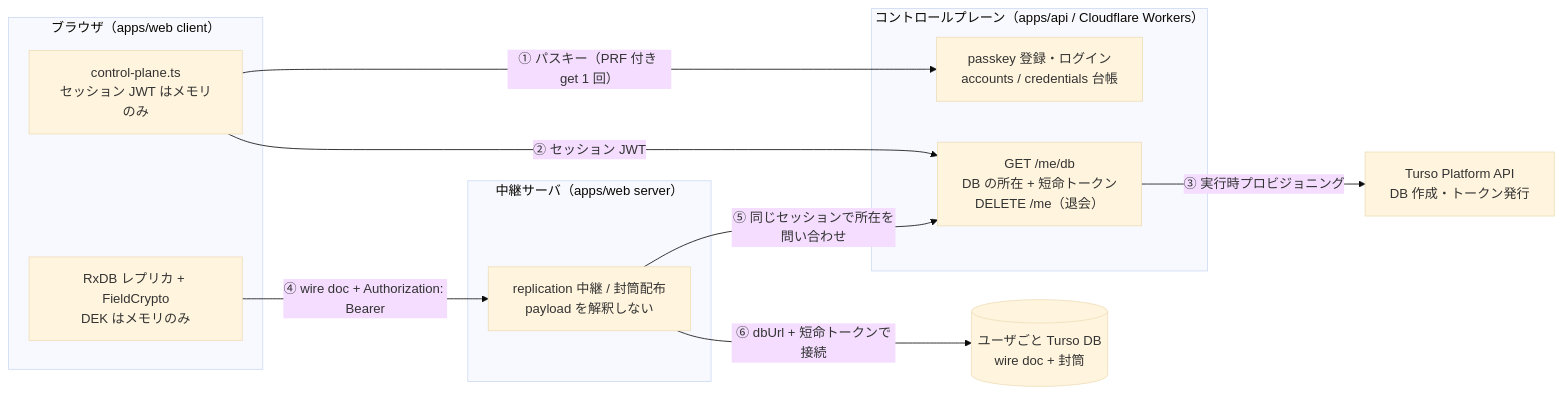
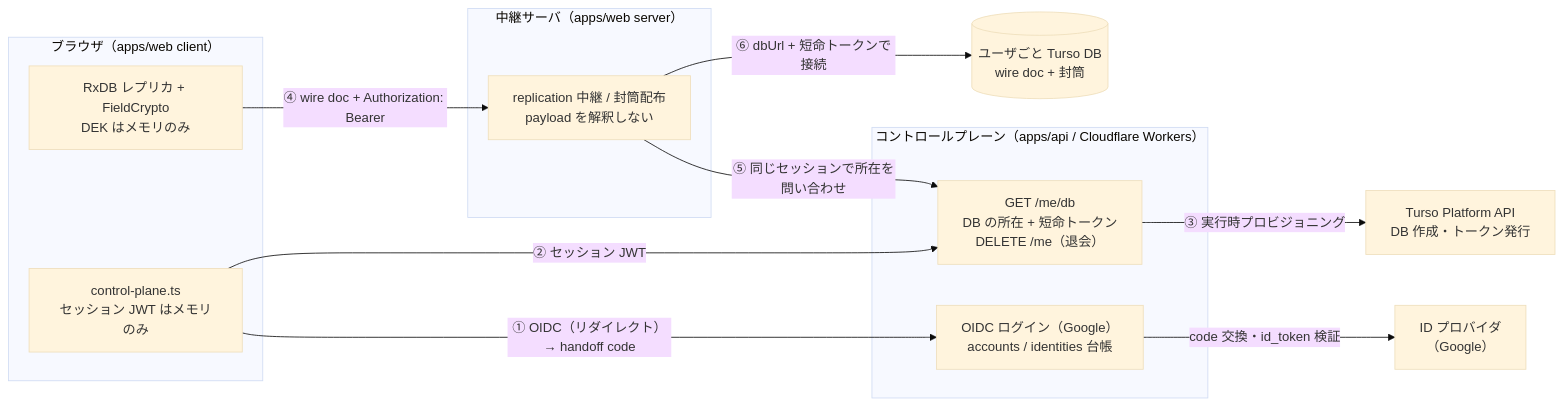
Before and after one commit to oda251/zakki: the first of 2 diagrams in docs/MULTIUSER.md, drawn with Mermaid (base theme). The commit also changed other lines of this file and 6 other files, not shown here.

````diff
--- a/docs/MULTIUSER.md
+++ b/docs/MULTIUSER.md
@@ -9,26 +9,29 @@
 ```mermaid
 flowchart LR
   subgraph browser["ブラウザ（apps/web client）"]
     UI["RxDB レプリカ + FieldCrypto<br/>DEK はメモリのみ"]
     CP["control-plane.ts<br/>セッション JWT はメモリのみ"]
   end
 
   subgraph api["コントロールプレーン（apps/api / Cloudflare Workers）"]
-    AUTH["passkey 登録・ログイン<br/>accounts / credentials 台帳"]
+    AUTH["OIDC ログイン（Google）<br/>accounts / identities 台帳"]
     ME["GET /me/db<br/>DB の所在 + 短命トークン<br/>DELETE /me（退会）"]
   end
 
   subgraph web["中継サーバ（apps/web server）"]
     REL["replication 中継 / 封筒配布<br/>payload を解釈しない"]
   end
 
   UDB[("ユーザごと Turso DB<br/>wire doc + 封筒")]
   TURSO["Turso Platform API<br/>DB 作成・トークン発行"]
 
-  CP -- "① パスキー（PRF 付き get 1 回）" --> AUTH
+  IDP["ID プロバイダ<br/>（Google）"]
+
+  CP -- "① OIDC（リダイレクト）→ handoff code" --> AUTH
+  AUTH -- "code 交換・id_token 検証" --> IDP
   CP -- "② セッション JWT" --> ME
   ME -- "③ 実行時プロビジョニング" --> TURSO
   UI -- "④ wire doc + Authorization: Bearer" --> REL
   REL -- "⑤ 同じセッションで所在を問い合わせ" --> ME
   REL -- "⑥ dbUrl + 短命トークンで接続" --> UDB
 ```
````
